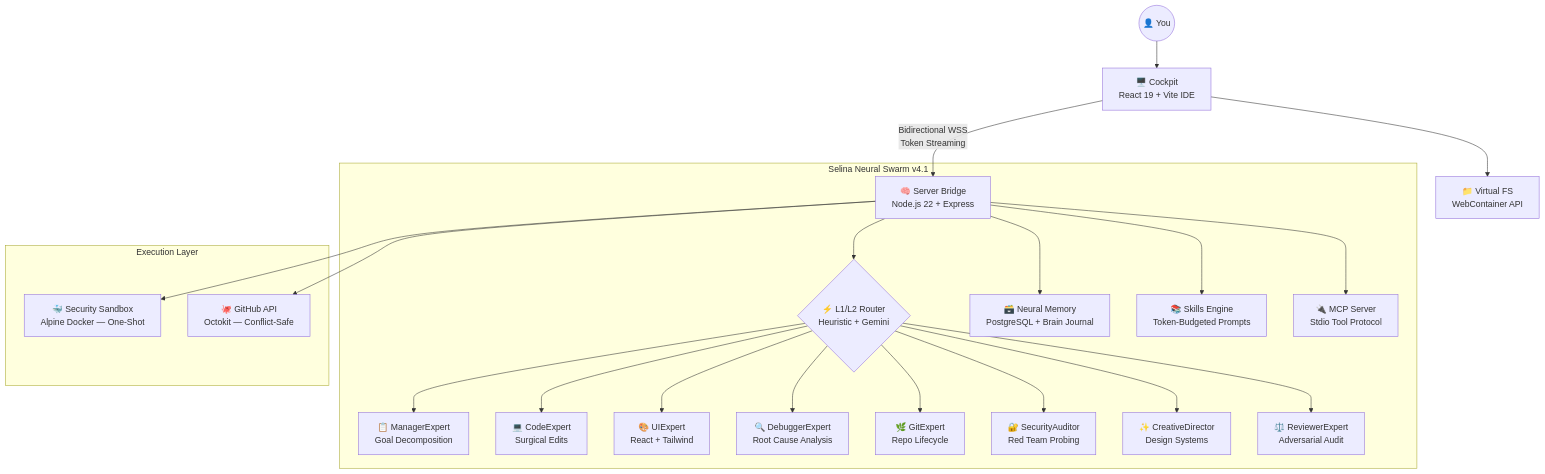
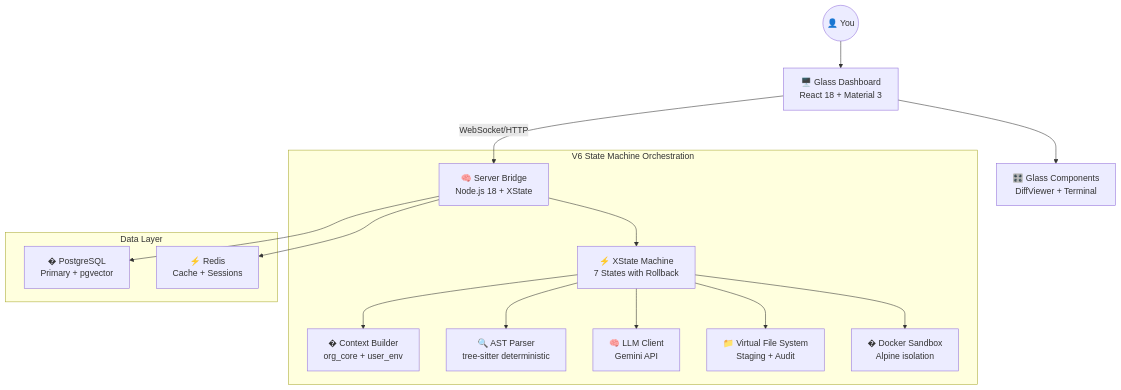
Before and after one commit to johan-droid/Vibe-Hub: the diagram in README.md, drawn with Mermaid. The commit also changed other lines of this file and 124 other files, not shown here.

````diff
--- a/README.md
+++ b/README.md
@@ -47,29 +48,22 @@
 ```mermaid
 graph TD
-    User((👤 You)) --> Cockpit["🖥️ Cockpit\nReact 19 + Vite IDE"]
+    User((👤 You)) --> Dashboard["🖥️ Glass Dashboard\nReact 18 + Material 3"]
 
-    Cockpit -- "Bidirectional WSS\nToken Streaming" --> Bridge["🧠 Server Bridge\nNode.js 22 + Express"]
+    Dashboard -- "WebSocket/HTTP" --> Bridge["🧠 Server Bridge\nNode.js 18 + XState"]
 
-    subgraph "Selina Neural Swarm v4.1"
-        Bridge --> Router{"⚡ L1/L2 Router\nHeuristic + Gemini"}
-        Router --> Manager["📋 ManagerExpert\nGoal Decomposition"]
-        Router --> Code["💻 CodeExpert\nSurgical Edits"]
-        Router --> UI["🎨 UIExpert\nReact + Tailwind"]
-        Router --> Debug["🔍 DebuggerExpert\nRoot Cause Analysis"]
-        Router --> Git["🌿 GitExpert\nRepo Lifecycle"]
-        Router --> Security["🔐 SecurityAuditor\nRed Team Probing"]
-        Router --> Creative["✨ CreativeDirector\nDesign Systems"]
-        Router --> Reviewer["⚖️ ReviewerExpert\nAdversarial Audit"]
-
-        Bridge --> Memory["🗃️ Neural Memory\nPostgreSQL + Brain Journal"]
-        Bridge --> Skills["📚 Skills Engine\nToken-Budgeted Prompts"]
-        Bridge --> MCP["🔌 MCP Server\nStdio Tool Protocol"]
+    subgraph "V6 State Machine Orchestration"
+        Bridge --> StateMachine["⚡ XState Machine\n7 States with Rollback"]
+        StateMachine --> Context["� Context Builder\norg_core + user_env"]
+        StateMachine --> AST["🔍 AST Parser\ntree-sitter deterministic"]
+        StateMachine --> LLM["🧠 LLM Client\nGemini API"]
+        StateMachine --> VFS["📁 Virtual File System\nStaging + Audit"]
+        StateMachine --> Sandbox["� Docker Sandbox\nAlpine isolation"]
     end
 
-    subgraph "Execution Layer"
-        Bridge --> Sandbox["🐳 Security Sandbox\nAlpine Docker — One-Shot"]
-        Bridge --> GitHub["🐙 GitHub API\nOctokit — Conflict-Safe"]
+    subgraph "Data Layer"
+        Bridge --> PostgreSQL["�️ PostgreSQL\nPrimary + pgvector"]
+        Bridge --> Redis["⚡ Redis\nCache + Sessions"]
     end
 
-    Cockpit --> VFS["📁 Virtual FS\nWebContainer API"]
+    Dashboard --> Components["🎛️ Glass Components\nDiffViewer + Terminal"]
 ```
````
